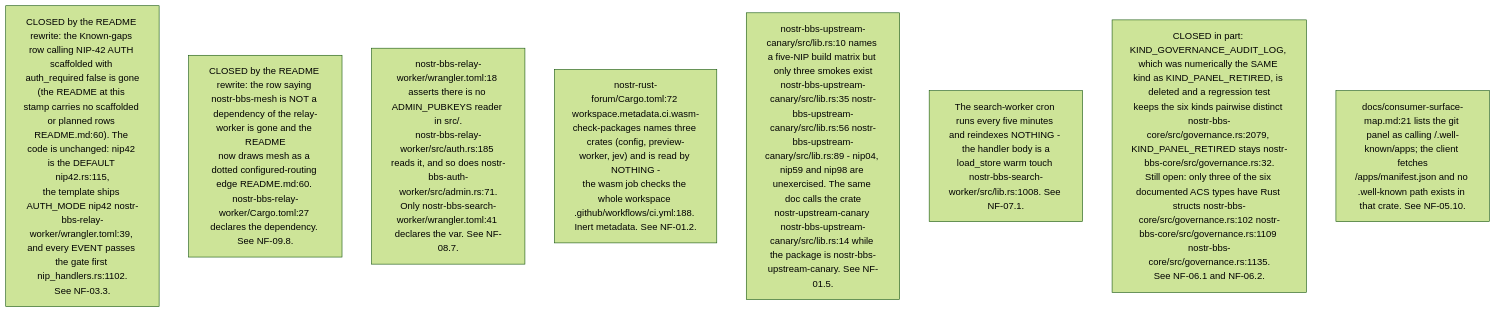
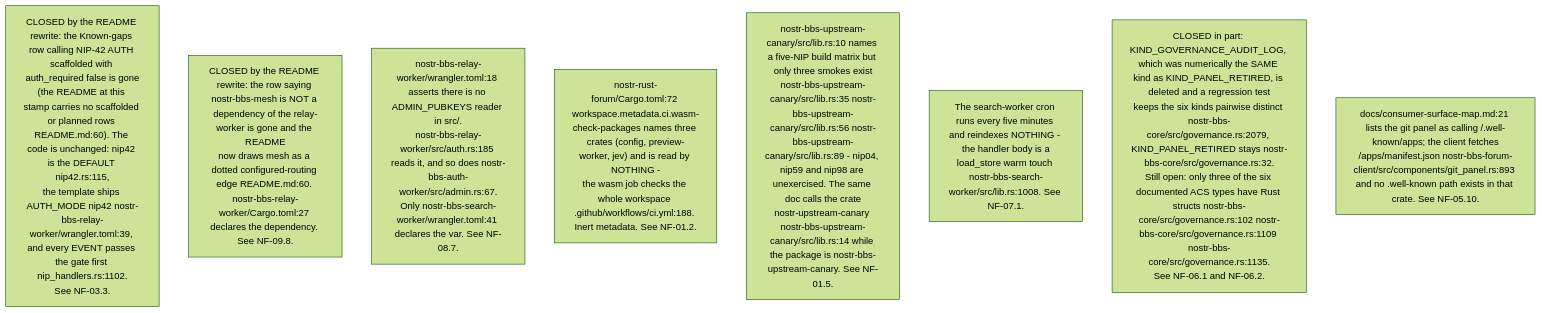
Before and after one commit to DreamLab-AI/VisionFlow: the fifth of 10 diagrams in docs/diagrams/nostr-rust-forum/10-invariants-and-anomaly-register.md, drawn with Mermaid (forest theme). The commit also changed other lines of this file and 91 other files, not shown here.

````diff
--- a/docs/diagrams/nostr-rust-forum/10-invariants-and-anomaly-register.md
+++ b/docs/diagrams/nostr-rust-forum/10-invariants-and-anomaly-register.md
@@ -134,11 +142,11 @@
 ```mermaid
 flowchart TB
     DD1["CLOSED by the README rewrite: the Known-gaps row calling NIP-42 AUTH scaffolded with auth_required false is gone<br/>(the README at this stamp carries no scaffolded or planned rows README.md:60). The code is unchanged: nip42 is the DEFAULT nip42.rs:115,<br/>the template ships AUTH_MODE nip42 nostr-bbs-relay-worker/wrangler.toml:39, and every EVENT passes the gate first nip_handlers.rs:1102.<br/>See NF-03.3."]
     DD2["CLOSED by the README rewrite: the row saying nostr-bbs-mesh is NOT a dependency of the relay-worker is gone and the README<br/>now draws mesh as a dotted configured-routing edge README.md:60. nostr-bbs-relay-worker/Cargo.toml:27 declares the dependency. See NF-09.8."]
-    DD3["nostr-bbs-relay-worker/wrangler.toml:18 asserts there is no ADMIN_PUBKEYS reader in src/.<br/>nostr-bbs-relay-worker/src/auth.rs:185 reads it, and so does nostr-bbs-auth-worker/src/admin.rs:71.<br/>Only nostr-bbs-search-worker/wrangler.toml:41 declares the var. See NF-08.7."]
+    DD3["nostr-bbs-relay-worker/wrangler.toml:18 asserts there is no ADMIN_PUBKEYS reader in src/.<br/>nostr-bbs-relay-worker/src/auth.rs:185 reads it, and so does nostr-bbs-auth-worker/src/admin.rs:67.<br/>Only nostr-bbs-search-worker/wrangler.toml:41 declares the var. See NF-08.7."]
     DD4["nostr-rust-forum/Cargo.toml:72 workspace.metadata.ci.wasm-check-packages names three crates (config, preview-worker, jev) and is read by NOTHING -<br/>the wasm job checks the whole workspace .github/workflows/ci.yml:188. Inert metadata. See NF-01.2."]
     DD5["nostr-bbs-upstream-canary/src/lib.rs:10 names a five-NIP build matrix but only three smokes exist<br/>nostr-bbs-upstream-canary/src/lib.rs:35 nostr-bbs-upstream-canary/src/lib.rs:56 nostr-bbs-upstream-canary/src/lib.rs:89 - nip04, nip59 and nip98 are unexercised. The same doc calls the crate<br/>nostr-upstream-canary nostr-bbs-upstream-canary/src/lib.rs:14 while the package is nostr-bbs-upstream-canary. See NF-01.5."]
     DD6["The search-worker cron runs every five minutes and reindexes NOTHING - the handler body is a<br/>load_store warm touch nostr-bbs-search-worker/src/lib.rs:1008. See NF-07.1."]
     DD7["CLOSED in part: KIND_GOVERNANCE_AUDIT_LOG, which was numerically the SAME kind as KIND_PANEL_RETIRED, is deleted and a regression test<br/>keeps the six kinds pairwise distinct nostr-bbs-core/src/governance.rs:2079, KIND_PANEL_RETIRED stays nostr-bbs-core/src/governance.rs:32.<br/>Still open: only three of the six documented ACS types have Rust structs nostr-bbs-core/src/governance.rs:102 nostr-bbs-core/src/governance.rs:1109 nostr-bbs-core/src/governance.rs:1135.<br/>See NF-06.1 and NF-06.2."]
-    DD8["docs/consumer-surface-map.md:21 lists the git panel as calling /.well-known/apps; the client fetches<br/>/apps/manifest.json and no .well-known path exists in that crate. See NF-05.10."]
+    DD8["docs/consumer-surface-map.md:21 lists the git panel as calling /.well-known/apps; the client fetches<br/>/apps/manifest.json nostr-bbs-forum-client/src/components/git_panel.rs:893 and no .well-known path exists in that crate. See NF-05.10."]
 ```
````
